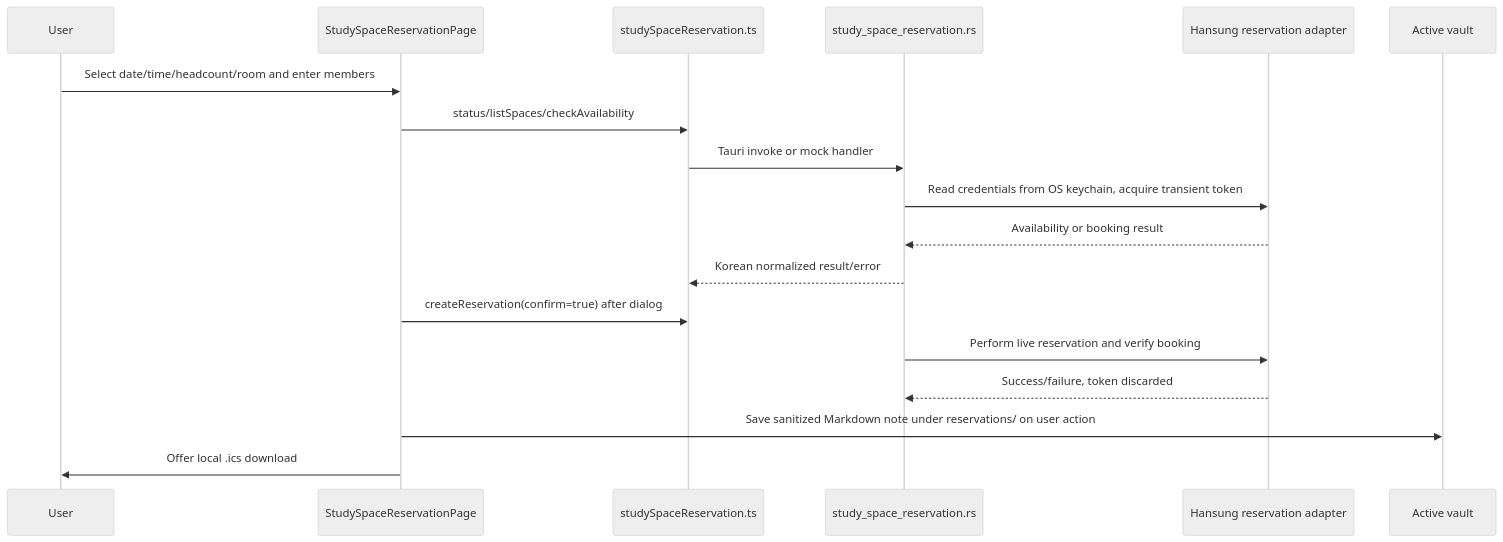
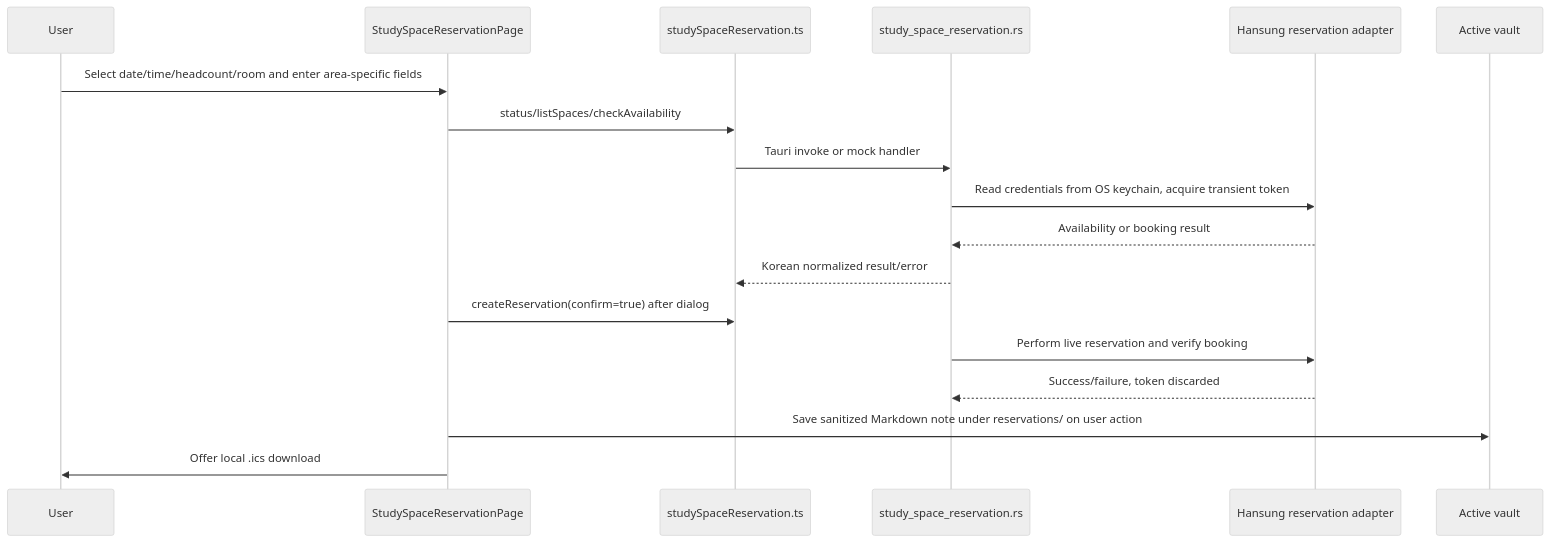
One commit to kjhh2605/tolaria changed the fourth of 11 diagrams in docs/ARCHITECTURE.md. Above: the diagram before and after it, drawn with Mermaid (neutral theme). The commit also changed other lines of this file and 32 other files, not shown here.

````diff
--- a/docs/ARCHITECTURE.md
+++ b/docs/ARCHITECTURE.md
@@ -346,21 +346,21 @@
 ```mermaid
 sequenceDiagram
     participant U as User
     participant UI as StudySpaceReservationPage
     participant API as studySpaceReservation.ts
     participant R as study_space_reservation.rs
     participant H as Hansung reservation adapter
     participant V as Active vault
 
-    U->>UI: Select date/time/headcount/room and enter members
+    U->>UI: Select date/time/headcount/room and enter area-specific fields
     UI->>API: status/listSpaces/checkAvailability
     API->>R: Tauri invoke or mock handler
     R->>H: Read credentials from OS keychain, acquire transient token
     H-->>R: Availability or booking result
     R-->>API: Korean normalized result/error
     UI->>API: createReservation(confirm=true) after dialog
     R->>H: Perform live reservation and verify booking
     H-->>R: Success/failure, token discarded
     UI->>V: Save sanitized Markdown note under reservations/ on user action
     UI->>U: Offer local .ics download
 ```
````
